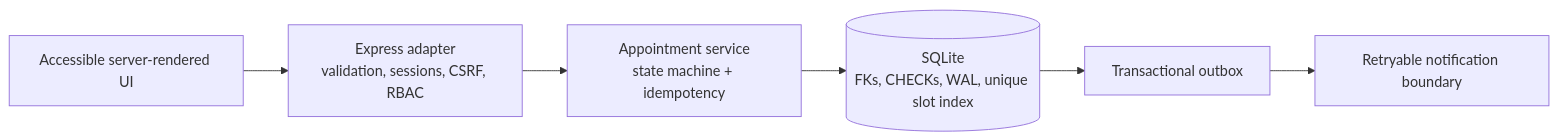
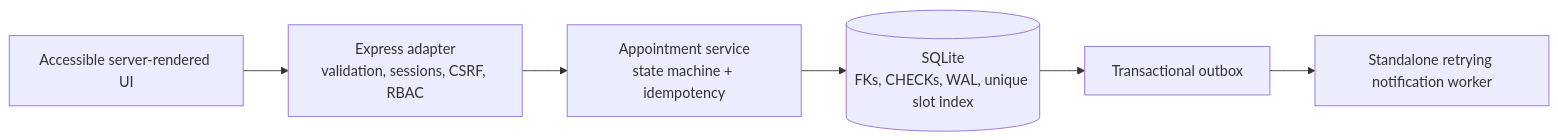
One commit to pranaykr43/IITI_HEALTH_CENTER changed the diagram in README.md. Above: the diagram before and after it, drawn with Mermaid. The commit also changed other lines of this file and 9 other files, not shown here.

````diff
--- a/README.md
+++ b/README.md
@@ -29,11 +30,11 @@
 ```mermaid
 flowchart LR
   Browser[Accessible server-rendered UI]
   HTTP[Express adapter\nvalidation, sessions, CSRF, RBAC]
   Domain[Appointment service\nstate machine + idempotency]
   DB[(SQLite\nFKs, CHECKs, WAL, unique slot index)]
   Outbox[Transactional outbox]
-  Worker[Retryable notification boundary]
+  Worker[Standalone retrying notification worker]
   Browser --> HTTP --> Domain --> DB
   DB --> Outbox --> Worker
 ```
````
